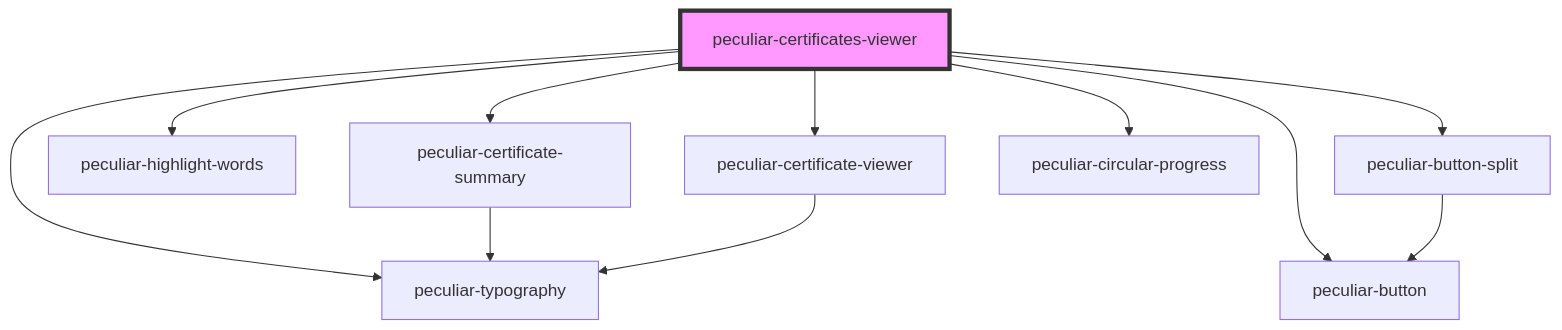
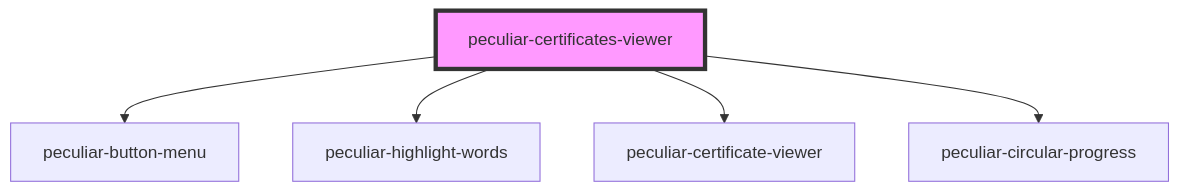
One commit to PeculiarVentures/pv-certificates-viewer changed the diagram in packages/webcomponents/src/components/certificates-viewer/readme.md. Above: the diagram before and after it, drawn with Mermaid. The commit also changed other lines of this file and 100 other files, not shown here.

````diff
--- a/packages/webcomponents/src/components/certificates-viewer/readme.md
+++ b/packages/webcomponents/src/components/certificates-viewer/readme.md
@@ -46,14 +44,8 @@
 ```mermaid
 graph TD;
-  peculiar-certificates-viewer --> peculiar-certificate-summary
-  peculiar-certificates-viewer --> peculiar-button
-  peculiar-certificates-viewer --> peculiar-typography
+  peculiar-certificates-viewer --> peculiar-button-menu
   peculiar-certificates-viewer --> peculiar-highlight-words
-  peculiar-certificates-viewer --> peculiar-button-split
   peculiar-certificates-viewer --> peculiar-certificate-viewer
   peculiar-certificates-viewer --> peculiar-circular-progress
-  peculiar-certificate-summary --> peculiar-typography
-  peculiar-button-split --> peculiar-button
-  peculiar-certificate-viewer --> peculiar-typography
   style peculiar-certificates-viewer fill:#f9f,stroke:#333,stroke-width:4px
 ```
````
